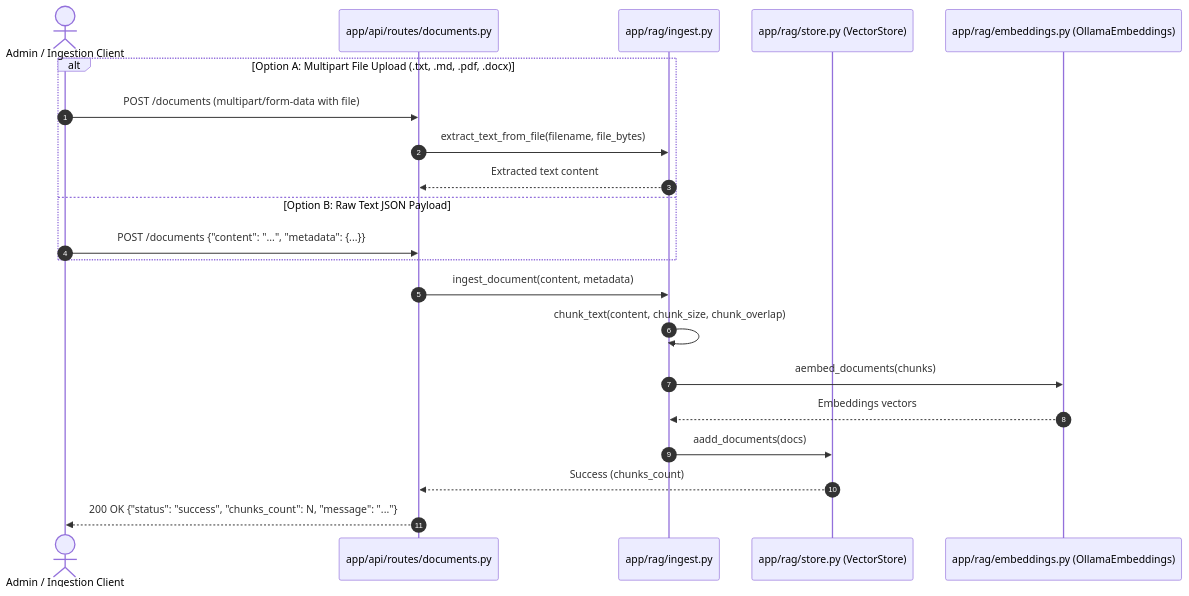
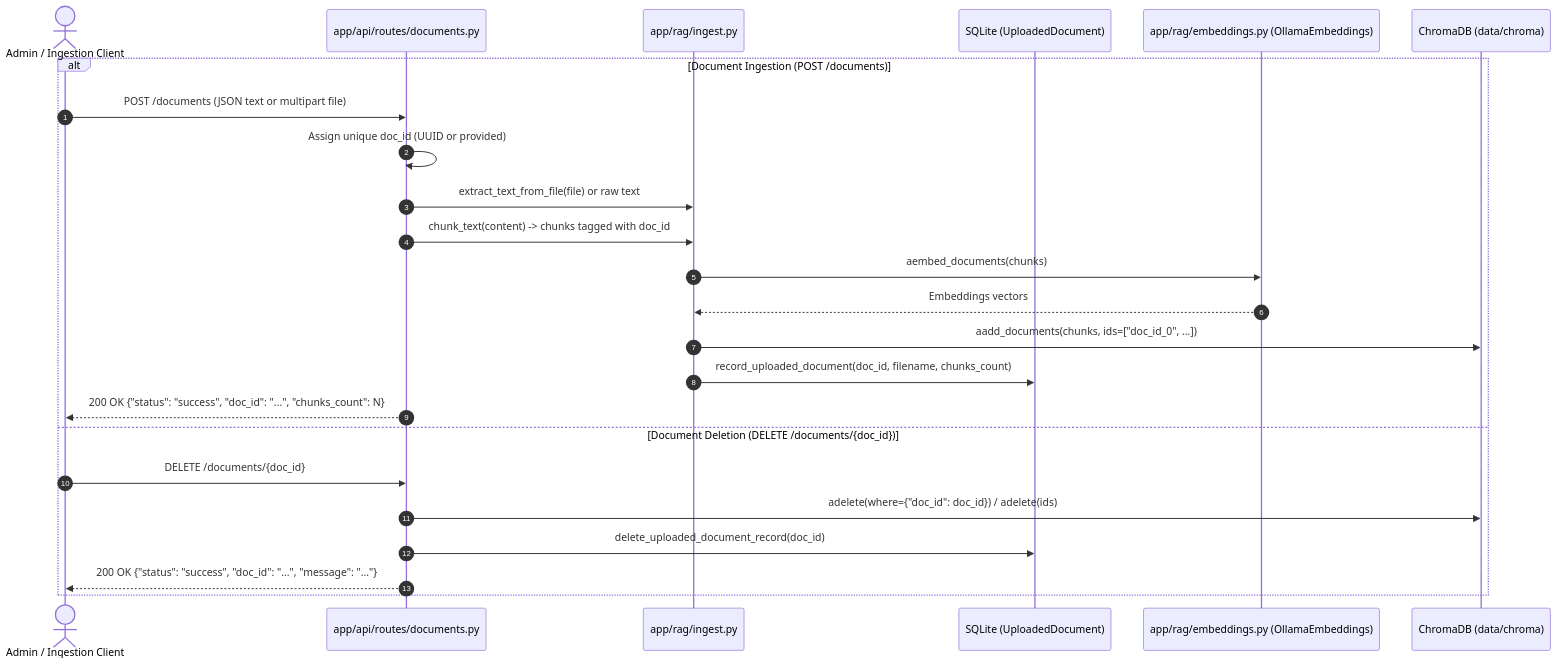
Before and after one commit to SankalpPimpalkar/ai-agent: the third of 3 diagrams in ARCHITECTURE.md, drawn with Mermaid. The commit also changed other lines of this file and 11 other files, not shown here.

Commit message:
feat: integrate ChromaDB persistence and document deletion for RAG knowledge base

````diff
--- a/ARCHITECTURE.md
+++ b/ARCHITECTURE.md
@@ -171,25 +171,27 @@
 ```mermaid
 sequenceDiagram
     autonumber
     actor Admin as Admin / Ingestion Client
     participant DocRoute as app/api/routes/documents.py
     participant Ingest as app/rag/ingest.py
-    participant Store as app/rag/store.py (VectorStore)
+    participant DB as SQLite (UploadedDocument)
     participant Embeddings as app/rag/embeddings.py (OllamaEmbeddings)
+    participant Chroma as ChromaDB (data/chroma)
 
-    alt Option A: Multipart File Upload (.txt, .md, .pdf, .docx)
-        Admin->>DocRoute: POST /documents (multipart/form-data with file)
-        DocRoute->>Ingest: extract_text_from_file(filename, file_bytes)
-        Ingest-->>DocRoute: Extracted text content
-    else Option B: Raw Text JSON Payload
-        Admin->>DocRoute: POST /documents {"content": "...", "metadata": {...}}
+    alt Document Ingestion (POST /documents)
+        Admin->>DocRoute: POST /documents (JSON text or multipart file)
+        DocRoute->>DocRoute: Assign unique doc_id (UUID or provided)
+        DocRoute->>Ingest: extract_text_from_file(file) or raw text
+        DocRoute->>Ingest: chunk_text(content) -> chunks tagged with doc_id
+        Ingest->>Embeddings: aembed_documents(chunks)
+        Embeddings-->>Ingest: Embeddings vectors
+        Ingest->>Chroma: aadd_documents(chunks, ids=["doc_id_0", ...])
+        Ingest->>DB: record_uploaded_document(doc_id, filename, chunks_count)
+        DocRoute-->>Admin: 200 OK {"status": "success", "doc_id": "...", "chunks_count": N}
+    else Document Deletion (DELETE /documents/{doc_id})
+        Admin->>DocRoute: DELETE /documents/{doc_id}
+        DocRoute->>Chroma: adelete(where={"doc_id": doc_id}) / adelete(ids)
+        DocRoute->>DB: delete_uploaded_document_record(doc_id)
+        DocRoute-->>Admin: 200 OK {"status": "success", "doc_id": "...", "message": "..."}
     end
-
-    DocRoute->>Ingest: ingest_document(content, metadata)
-    Ingest->>Ingest: chunk_text(content, chunk_size, chunk_overlap)
-    Ingest->>Embeddings: aembed_documents(chunks)
-    Embeddings-->>Ingest: Embeddings vectors
-    Ingest->>Store: aadd_documents(docs)
-    Store-->>DocRoute: Success (chunks_count)
-    DocRoute-->>Admin: 200 OK {"status": "success", "chunks_count": N, "message": "..."}
 ```
````
